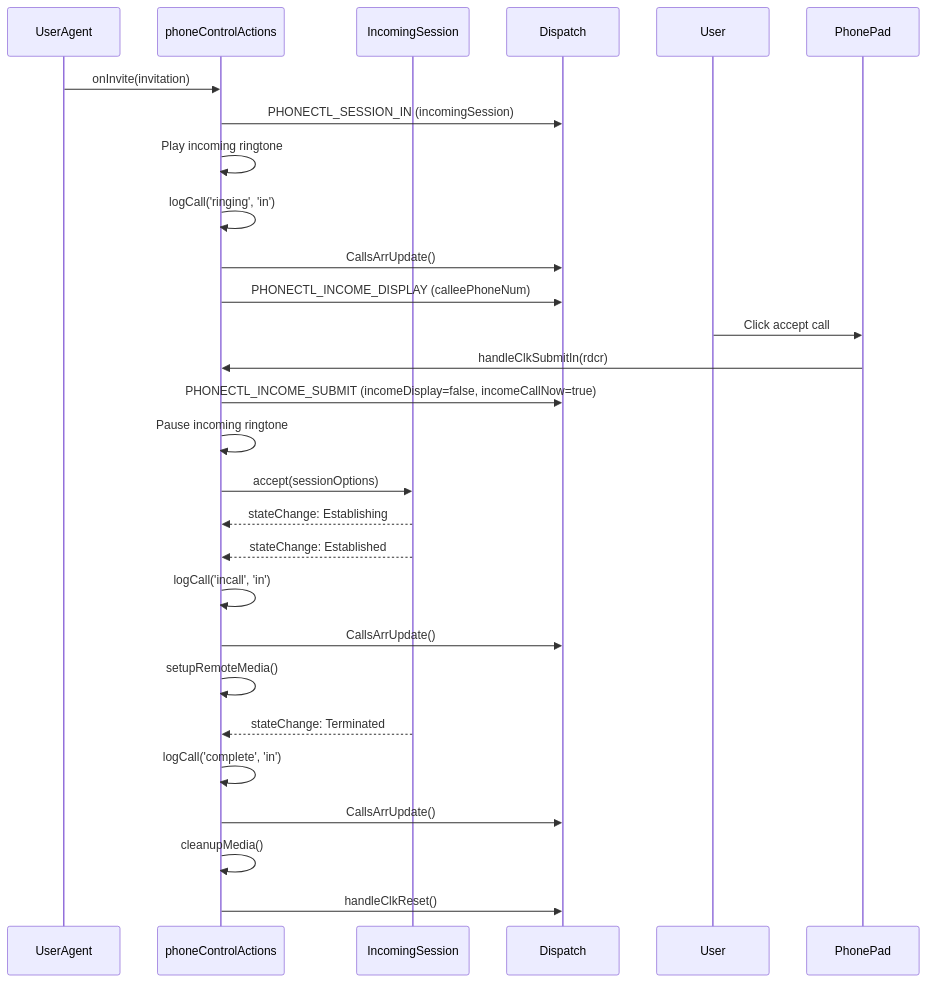
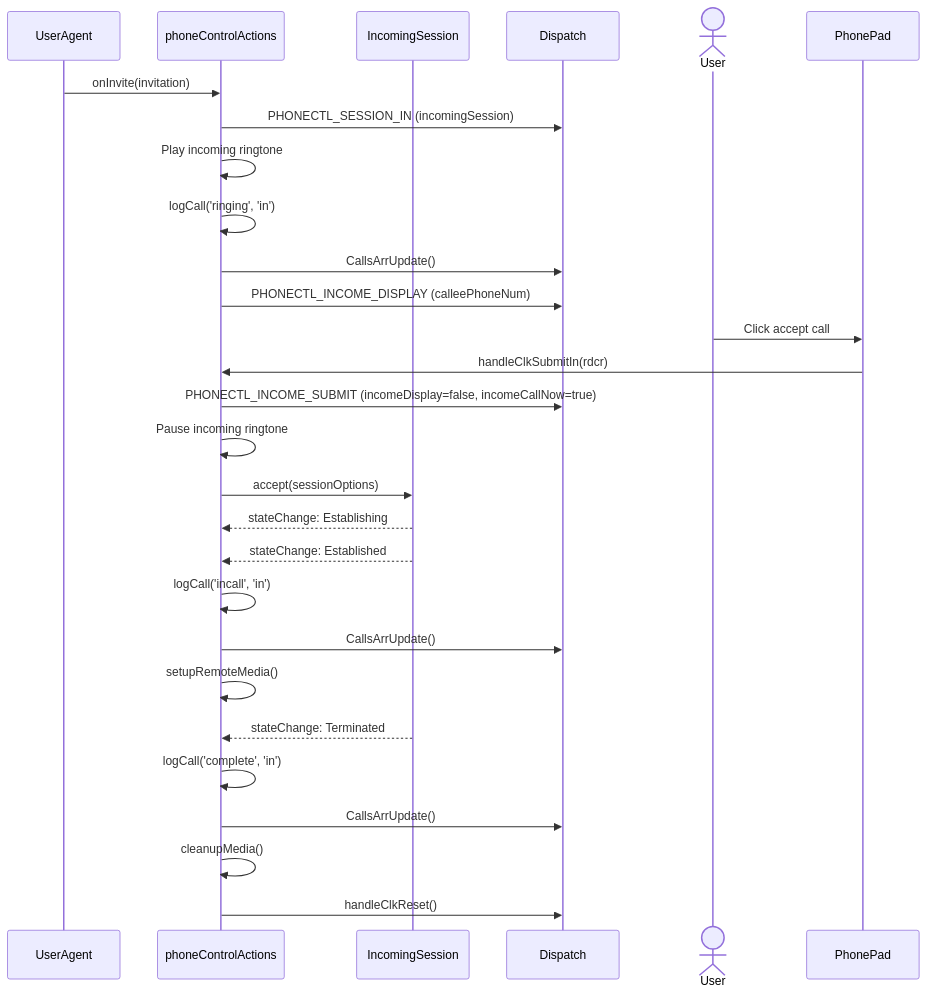
The fourth of 5 diagrams in phone/README.md (ars-anosov/sipjs-react), drawn with Mermaid before and after one commit. The commit also changed other lines of this file, not shown here.

````diff
--- a/phone/README.md
+++ b/phone/README.md
@@ -105,31 +105,31 @@
 ```mermaid
 sequenceDiagram
-    participant UserAgent
-    participant Action as phoneControlActions
-    participant IncomingSession
-    participant Dispatch
-    participant User
-    participant PhonePad
+  participant UserAgent
+  participant Action as phoneControlActions
+  participant IncomingSession
+  participant Dispatch
+  actor User
+  participant PhonePad
 
-    UserAgent->>Action: onInvite(invitation)
-    Action->>Dispatch: PHONECTL_SESSION_IN (incomingSession)
-    Action->>Action: Play incoming ringtone
-    Action->>Action: logCall('ringing', 'in')
-    Action->>Dispatch: CallsArrUpdate()
-    Action->>Dispatch: PHONECTL_INCOME_DISPLAY (calleePhoneNum)
-    User->>PhonePad: Click accept call
-    PhonePad->>Action: handleClkSubmitIn(rdcr)
-    Action->>Dispatch: PHONECTL_INCOME_SUBMIT (incomeDisplay=false, incomeCallNow=true)
-    Action->>Action: Pause incoming ringtone
-    Action->>IncomingSession: accept(sessionOptions)
-    IncomingSession-->>Action: stateChange: Establishing
-    IncomingSession-->>Action: stateChange: Established
-    Action->>Action: logCall('incall', 'in')
-    Action->>Dispatch: CallsArrUpdate()
-    Action->>Action: setupRemoteMedia()
-    IncomingSession-->>Action: stateChange: Terminated
-    Action->>Action: logCall('complete', 'in')
-    Action->>Dispatch: CallsArrUpdate()
-    Action->>Action: cleanupMedia()
-    Action->>Dispatch: handleClkReset()
+  UserAgent->>Action: onInvite(invitation)
+  Action->>Dispatch: PHONECTL_SESSION_IN (incomingSession)
+  Action->>Action: Play incoming ringtone
+  Action->>Action: logCall('ringing', 'in')
+  Action->>Dispatch: CallsArrUpdate()
+  Action->>Dispatch: PHONECTL_INCOME_DISPLAY (calleePhoneNum)
+  User->>PhonePad: Click accept call
+  PhonePad->>Action: handleClkSubmitIn(rdcr)
+  Action->>Dispatch: PHONECTL_INCOME_SUBMIT (incomeDisplay=false, incomeCallNow=true)
+  Action->>Action: Pause incoming ringtone
+  Action->>IncomingSession: accept(sessionOptions)
+  IncomingSession-->>Action: stateChange: Establishing
+  IncomingSession-->>Action: stateChange: Established
+  Action->>Action: logCall('incall', 'in')
+  Action->>Dispatch: CallsArrUpdate()
+  Action->>Action: setupRemoteMedia()
+  IncomingSession-->>Action: stateChange: Terminated
+  Action->>Action: logCall('complete', 'in')
+  Action->>Dispatch: CallsArrUpdate()
+  Action->>Action: cleanupMedia()
+  Action->>Dispatch: handleClkReset()
 ```
````
